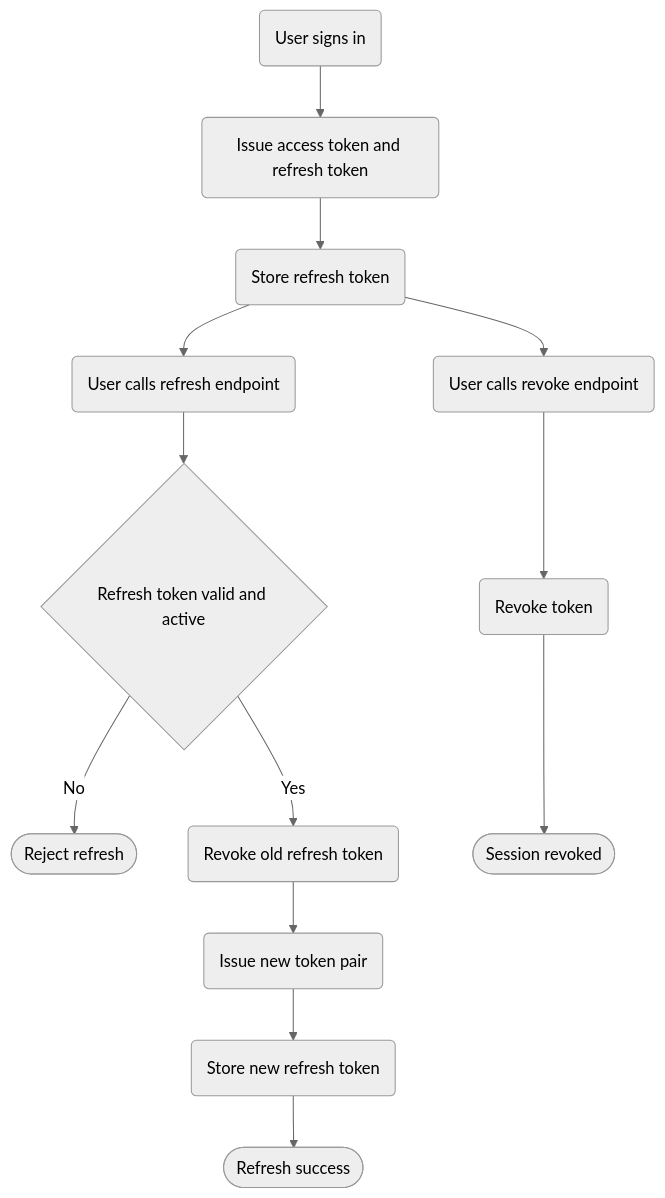
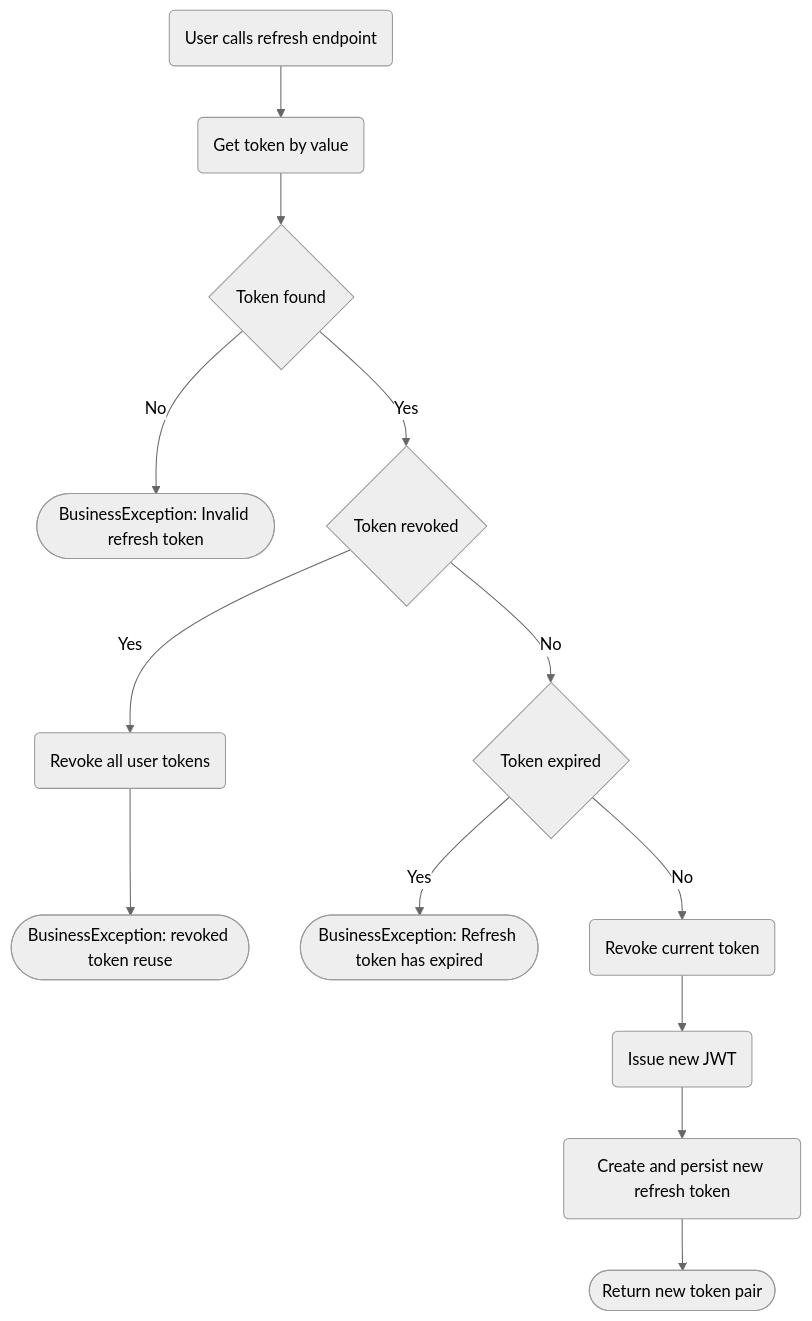
Before and after one commit to kwojtasinski-repo/ECommerceApp: the diagram in assets/diagrams/flows/iam-refresh-token.md, drawn with Mermaid (neutral theme). The commit also changed other lines of this file and 12 other files, not shown here.

Commit message:
[Docs] Update specification and flows

````diff
--- a/assets/diagrams/flows/iam-refresh-token.md
+++ b/assets/diagrams/flows/iam-refresh-token.md
@@ -6,15 +5,15 @@
 ```mermaid
 graph TD
-    A(User signs in) --> B(Issue access token and refresh token)
-    B --> C(Store refresh token)
-    C --> D(User calls refresh endpoint)
-    D --> E{Refresh token valid and active}
-    E -->|No| F([Reject refresh])
-    E -->|Yes| G(Revoke old refresh token)
-    G --> H(Issue new token pair)
-    H --> I(Store new refresh token)
-    I --> J([Refresh success])
-    C --> K(User calls revoke endpoint)
-    K --> L(Revoke token)
-    L --> M([Session revoked])
+    A(User calls refresh endpoint) --> B(Get token by value)
+    B --> C{Token found}
+    C -->|No| D([BusinessException: Invalid refresh token])
+    C -->|Yes| E{Token revoked}
+    E -->|Yes| F(Revoke all user tokens)
+    F --> G([BusinessException: revoked token reuse])
+    E -->|No| H{Token expired}
+    H -->|Yes| I([BusinessException: Refresh token has expired])
+    H -->|No| J(Revoke current token)
+    J --> K(Issue new JWT)
+    K --> L(Create and persist new refresh token)
+    L --> M([Return new token pair])
 ```
````
